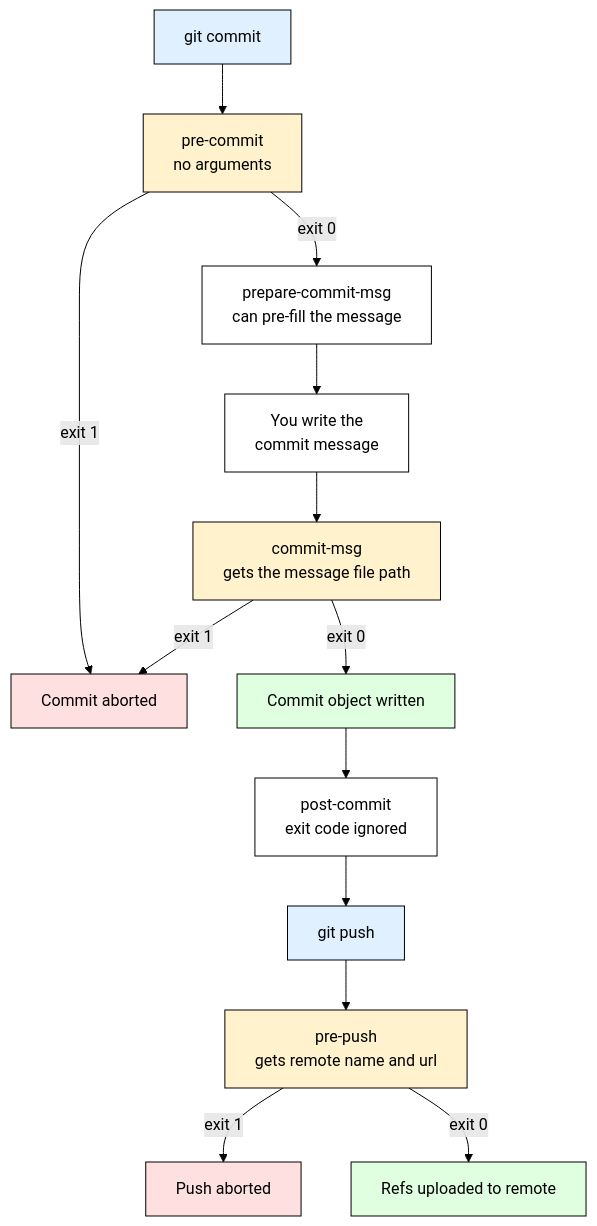
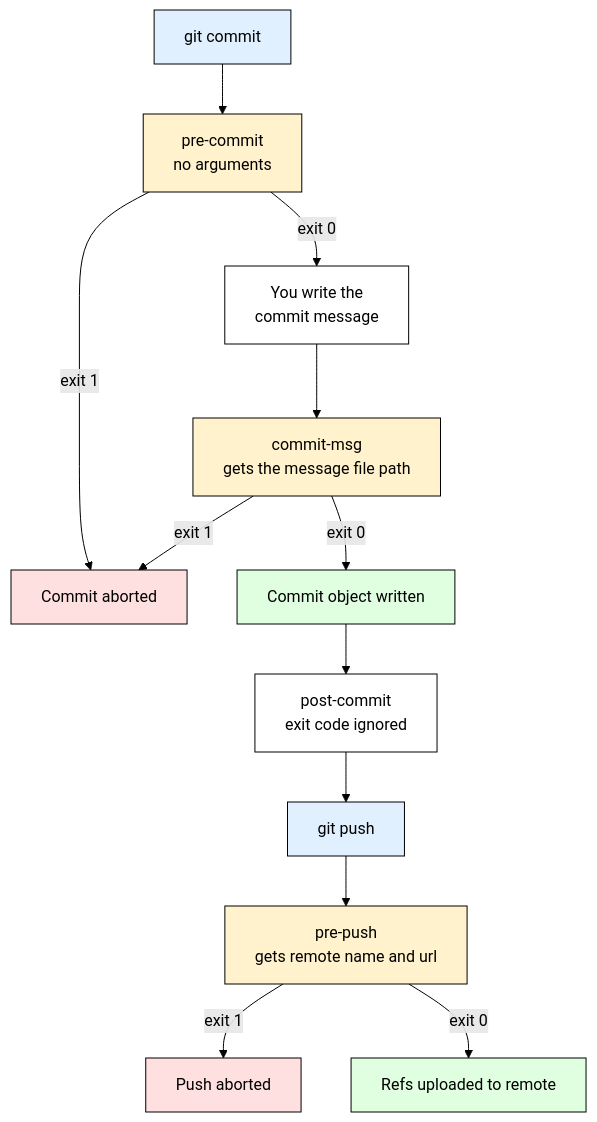
Before and after one commit to Naman830/System-Design-Books: the second of 4 diagrams in Libraries_Depth/git_hooks/husky_lint_staged.md, drawn with Mermaid. The commit also changed other lines of this file, not shown here.

````diff
--- a/Libraries_Depth/git_hooks/husky_lint_staged.md
+++ b/Libraries_Depth/git_hooks/husky_lint_staged.md
@@ -172,29 +157,27 @@
 ```mermaid
 %%{init: {'themeVariables': { 'primaryTextColor': '#000000', 'textColor': '#000000', 'lineColor': '#000000', 'primaryBorderColor': '#000000'}}}%%
 flowchart TD
     A["git commit"] --> B["pre-commit<br/>no arguments"]
     B -->|"exit 1"| X["Commit aborted"]
-    B -->|"exit 0"| C["prepare-commit-msg<br/>can pre-fill the message"]
-    C --> D["You write the<br/>commit message"]
+    B -->|"exit 0"| D["You write the<br/>commit message"]
     D --> E["commit-msg<br/>gets the message file path"]
     E -->|"exit 1"| X
     E -->|"exit 0"| F["Commit object written"]
     F --> G["post-commit<br/>exit code ignored"]
     G --> H["git push"]
     H --> I["pre-push<br/>gets remote name and url"]
     I -->|"exit 1"| Y["Push aborted"]
     I -->|"exit 0"| Z["Refs uploaded to remote"]
 
     style A fill:#e0f0ff,stroke:#000000,color:#000000
     style H fill:#e0f0ff,stroke:#000000,color:#000000
     style B fill:#fff2cc,stroke:#000000,color:#000000
-    style C fill:#ffffff,stroke:#000000,color:#000000
     style D fill:#ffffff,stroke:#000000,color:#000000
     style E fill:#fff2cc,stroke:#000000,color:#000000
     style G fill:#ffffff,stroke:#000000,color:#000000
     style I fill:#fff2cc,stroke:#000000,color:#000000
     style F fill:#e0ffe0,stroke:#000000,color:#000000
     style Z fill:#e0ffe0,stroke:#000000,color:#000000
     style X fill:#ffe0e0,stroke:#000000,color:#000000
     style Y fill:#ffe0e0,stroke:#000000,color:#000000
 ```
````
